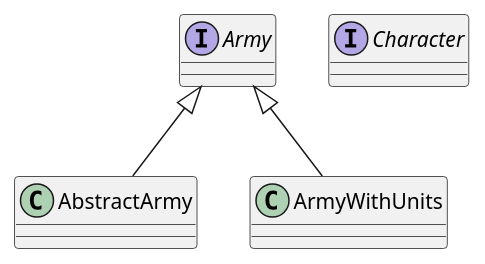
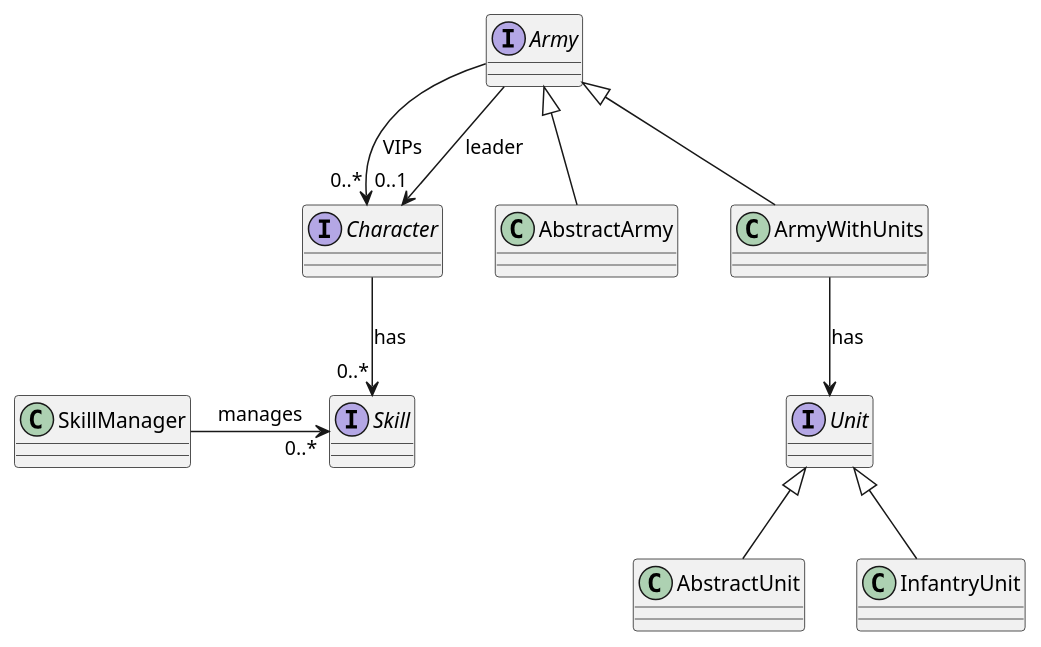
One commit to Orchaldir/FantasyWorldSimulation changed the diagram in FantasyWorldSimulation/docs/design/war/classes.puml. Above: the diagram before and after it, drawn with PlantUML. The commit also changed 1 other file, not shown here.

Commit message:
#40: Improved class diagram.

```diff
--- a/FantasyWorldSimulation/docs/design/war/classes.puml
+++ b/FantasyWorldSimulation/docs/design/war/classes.puml
@@ -1,7 +1,19 @@
 @startuml
 interface Army
 interface Character
+interface Skill
+interface Unit
 
 Army <|-- AbstractArmy
 Army <|-- ArmyWithUnits
+Army --> "0..*" Character : VIPs
+Army --> "0..1" Character : leader
+ArmyWithUnits --> Unit : has
+
+Character --> "0..*" Skill: has
+
+SkillManager -right-> "0..*" Skill: manages
+
+Unit <|-- AbstractUnit
+Unit <|-- InfantryUnit
 @enduml
```
